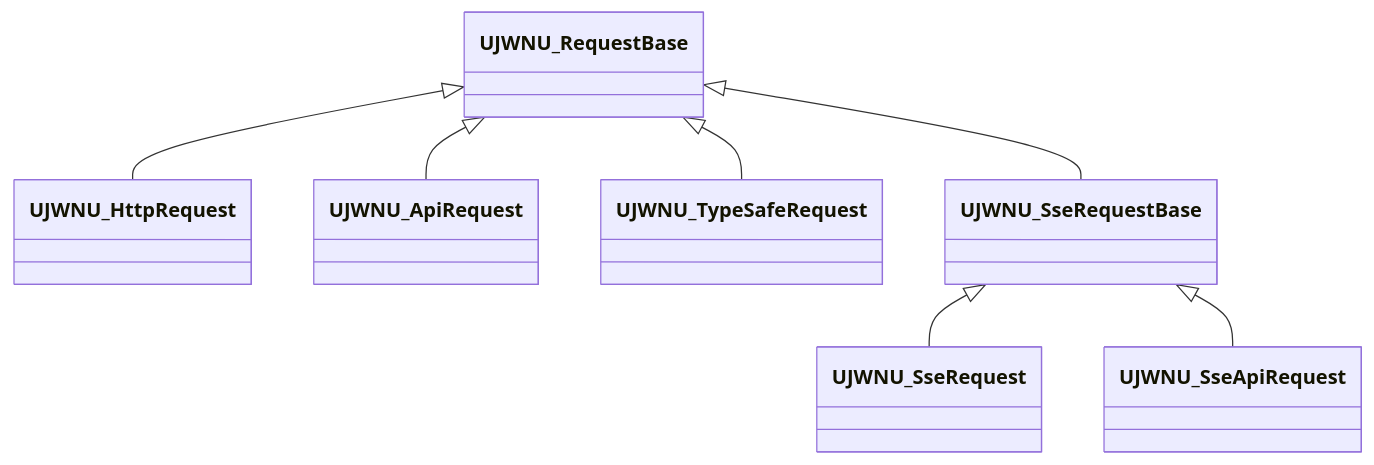
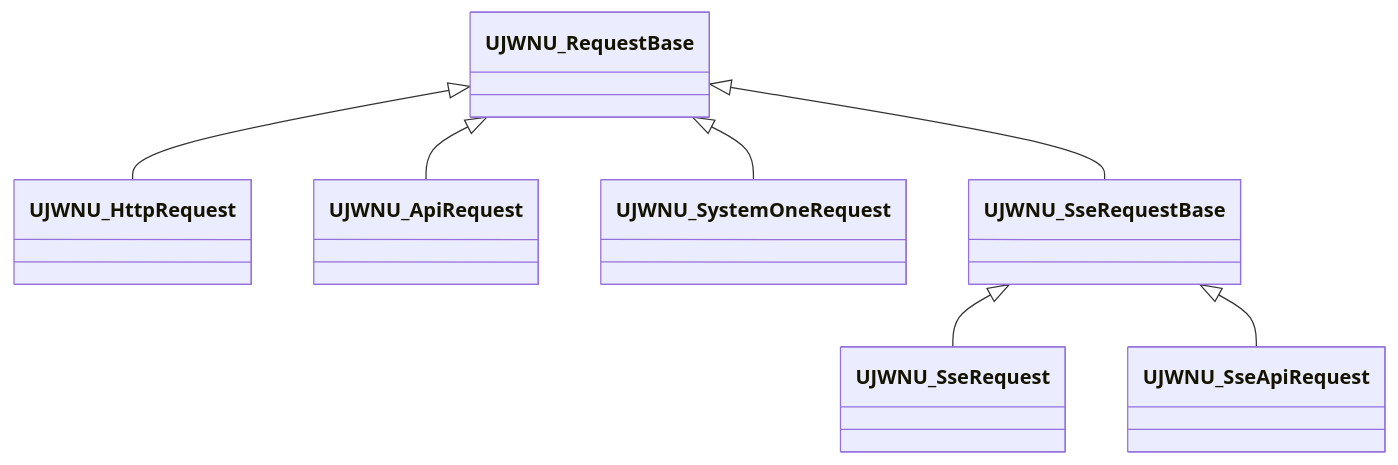
Before and after one commit to prayslaks/JWNetworkUtility: the diagram in Docs/RequestLifecycle.md, drawn with Mermaid. The commit also changed other lines of this file and 73 other files, not shown here.

First line of the commit message:
[Feat/Reft] System One 판단 API 통합과 독립 공급자 키 관리 구현

````diff
--- a/Docs/RequestLifecycle.md
+++ b/Docs/RequestLifecycle.md
@@ -29,9 +33,10 @@
 ```mermaid
 classDiagram
     UJWNU_RequestBase <|-- UJWNU_HttpRequest
     UJWNU_RequestBase <|-- UJWNU_ApiRequest
-    UJWNU_RequestBase <|-- UJWNU_TypeSafeRequest
+
+    UJWNU_RequestBase <|-- UJWNU_SystemOneRequest
     UJWNU_RequestBase <|-- UJWNU_SseRequestBase
     UJWNU_SseRequestBase <|-- UJWNU_SseRequest
     UJWNU_SseRequestBase <|-- UJWNU_SseApiRequest
 ```
````
